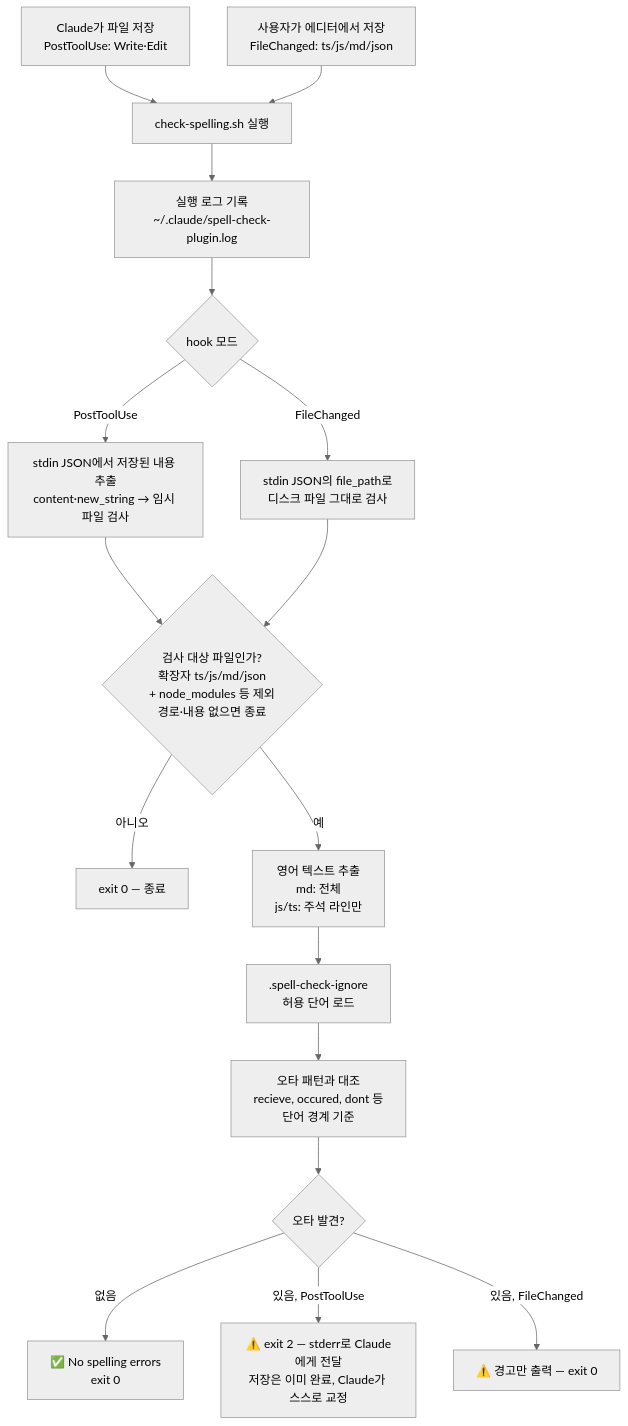
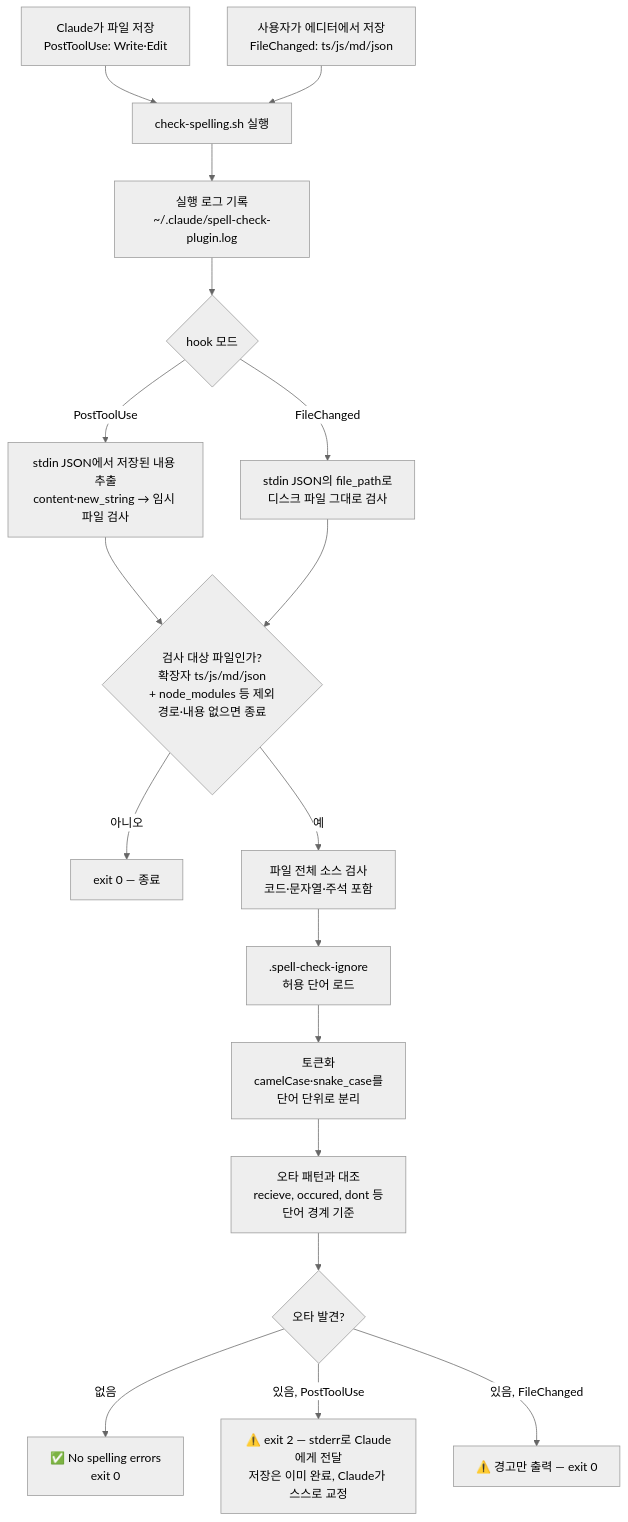
Before and after one commit to simjieun/spell-check-plugin: the diagram in README.md, drawn with Mermaid (neutral theme). The commit also changed other lines of this file and 4 other files, not shown here.

First line of the commit message:
v1.3.0 — 파일 전체 소스 검사 + camelCase/snake_case 토큰화

````diff
--- a/README.md
+++ b/README.md
@@ -100,19 +100,20 @@
 ```mermaid
 flowchart TD
     A1[Claude가 파일 저장<br/>PostToolUse: Write·Edit] --> B[check-spelling.sh 실행]
     A2[사용자가 에디터에서 저장<br/>FileChanged: ts/js/md/json] --> B
     B --> LOG[실행 로그 기록<br/>~/.claude/spell-check-plugin.log]
     LOG --> S{hook 모드}
     S -->|PostToolUse| C1[stdin JSON에서 저장된 내용 추출<br/>content·new_string → 임시 파일 검사]
     S -->|FileChanged| C2[stdin JSON의 file_path로<br/>디스크 파일 그대로 검사]
     C1 --> F{검사 대상 파일인가?<br/>확장자 ts/js/md/json<br/>+ node_modules 등 제외<br/>경로·내용 없으면 종료}
     C2 --> F
     F -->|아니오| G[exit 0 — 종료]
-    F -->|예| H[영어 텍스트 추출<br/>md: 전체<br/>js/ts: 주석 라인만]
+    F -->|예| H[파일 전체 소스 검사<br/>코드·문자열·주석 포함]
     H --> I[.spell-check-ignore<br/>허용 단어 로드]
-    I --> J[오타 패턴과 대조<br/>recieve, occured, dont 등<br/>단어 경계 기준]
+    I --> T[토큰화<br/>camelCase·snake_case를<br/>단어 단위로 분리]
+    T --> J[오타 패턴과 대조<br/>recieve, occured, dont 등<br/>단어 경계 기준]
     J --> K{오타 발견?}
     K -->|없음| L[✅ No spelling errors<br/>exit 0]
     K -->|있음, PostToolUse| M[⚠️ exit 2 — stderr로 Claude에게 전달<br/>저장은 이미 완료, Claude가 스스로 교정]
     K -->|있음, FileChanged| N[⚠️ 경고만 출력 — exit 0]
 ```
````
